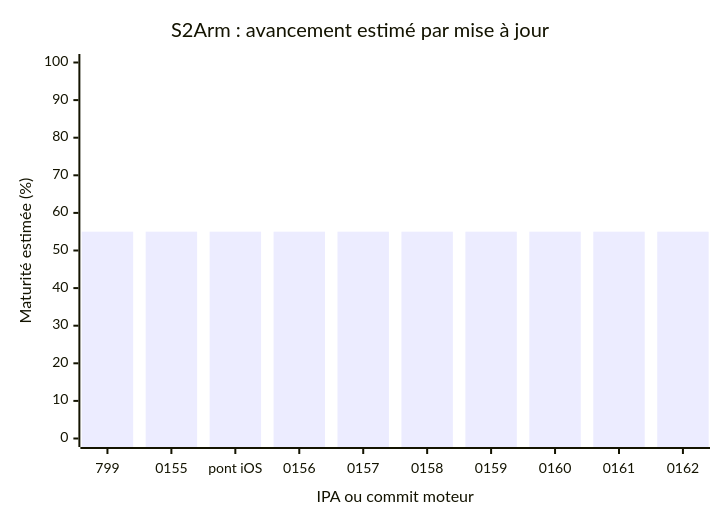
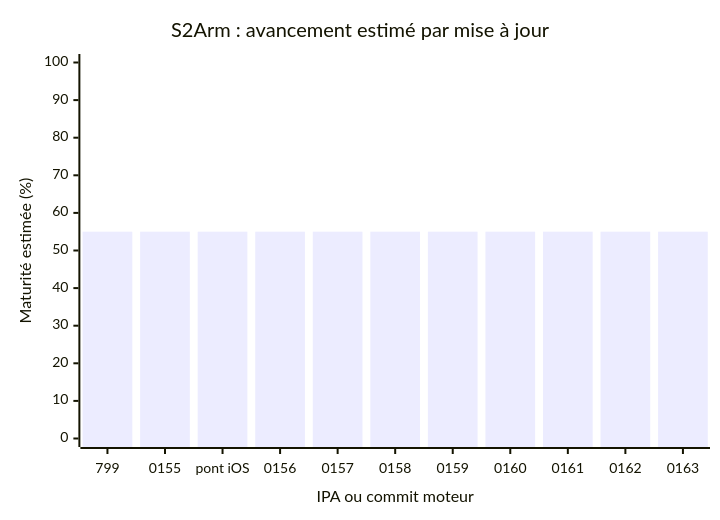
Before and after one commit to TarbleFR/RewindBox: the diagram in docs/AI_TASK_BOARD.md, drawn with Mermaid. The commit also changed other lines of this file and 2 other files, not shown here.

Commit message:
S2Arm: keep unaffected texture views, batch compatible first uploads, and measure visible race pacing [s2arm-engine]

````diff
--- a/docs/AI_TASK_BOARD.md
+++ b/docs/AI_TASK_BOARD.md
@@ -25,7 +25,7 @@
 ```mermaid
 xychart-beta
     title "S2Arm : avancement estimé par mise à jour"
-    x-axis "IPA ou commit moteur" ["799", "0155", "pont iOS", "0156", "0157", "0158", "0159", "0160", "0161", "0162"]
+    x-axis "IPA ou commit moteur" ["799", "0155", "pont iOS", "0156", "0157", "0158", "0159", "0160", "0161", "0162", "0163"]
     y-axis "Maturité estimée (%)" 0 --> 100
-    bar [55, 55, 55, 55, 55, 55, 55, 55, 55, 55]
+    bar [55, 55, 55, 55, 55, 55, 55, 55, 55, 55, 55]
 ```
````
